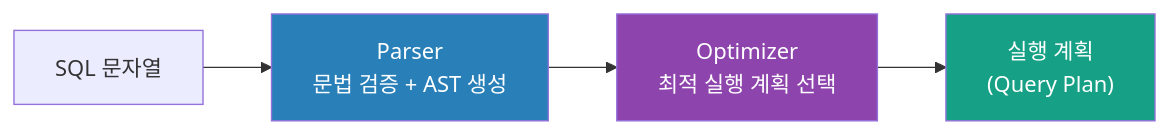
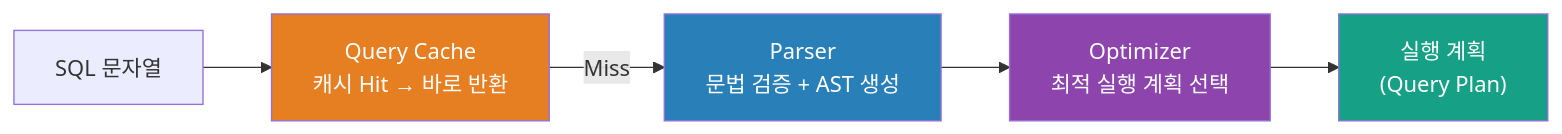
The second of 3 diagrams in db-internals/db-dbms-architecture.md (wlghsp/dev-notes), drawn with Mermaid before and after one commit. The commit also changed other lines of this file and 2 other files, not shown here.

Commit message:
docs: Phase 0~2 문서 보강 (DDIA, MySQL Internals 참고 문헌 반영)

````diff
--- a/db-internals/db-dbms-architecture.md
+++ b/db-internals/db-dbms-architecture.md
@@ -112,13 +116,17 @@
 ```mermaid
 flowchart LR
     SQL["SQL 문자열"]
+    QC["Query Cache<br/>캐시 Hit → 바로 반환"]
     PARSE["Parser<br/>문법 검증 + AST 생성"]
     OPT["Optimizer<br/>최적 실행 계획 선택"]
     PLAN["실행 계획<br/>(Query Plan)"]
 
-    SQL --> PARSE --> OPT --> PLAN
+    SQL --> QC
+    QC -->|Miss| PARSE
+    PARSE --> OPT --> PLAN
 
+    style QC fill:#e67e22,color:#fff
     style PARSE fill:#2980b9,color:#fff
     style OPT fill:#8e44ad,color:#fff
     style PLAN fill:#16a085,color:#fff
 ```
````
